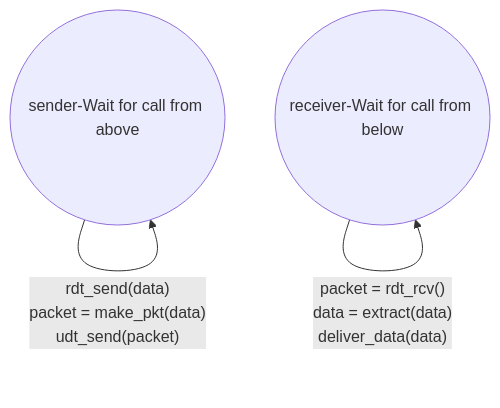
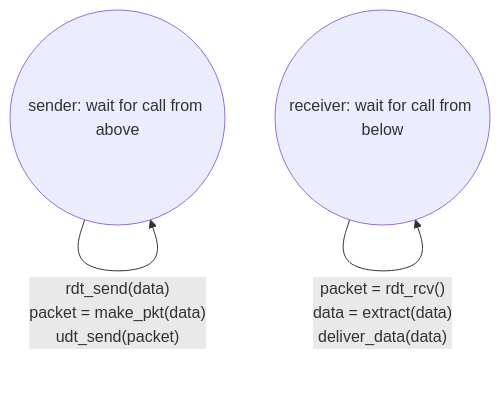
The first of 2 diagrams in content/post/NTUCN-ch3/index.md (Darrin-Lin/darrin-lin.github.io), drawn with Mermaid before and after one commit. The commit also changed other lines of this file and 1 other file, not shown here.

Commit message:
fix: correct Mermaid diagrams in computer network notes

````diff
--- a/content/post/NTUCN-ch3/index.md
+++ b/content/post/NTUCN-ch3/index.md
@@ -57,12 +57,7 @@
 ```mermaid
 graph TD
-    S((sender-Wait for call from above))
-    R((receiver-Wait for call from below))
-    S-- rdt_send(data)
-    packet = make_pkt(data)
-udt_send(packet)
--->S
-    R-- packet = rdt_rcv()
-data = extract(data)
-deliver_data(data)-->R
+    S((sender: wait for call from above))
+    R((receiver: wait for call from below))
+    S -->|"rdt_send(data)<br/>packet = make_pkt(data)<br/>udt_send(packet)"| S
+    R -->|"packet = rdt_rcv()<br/>data = extract(data)<br/>deliver_data(data)"| R
 ```
````
